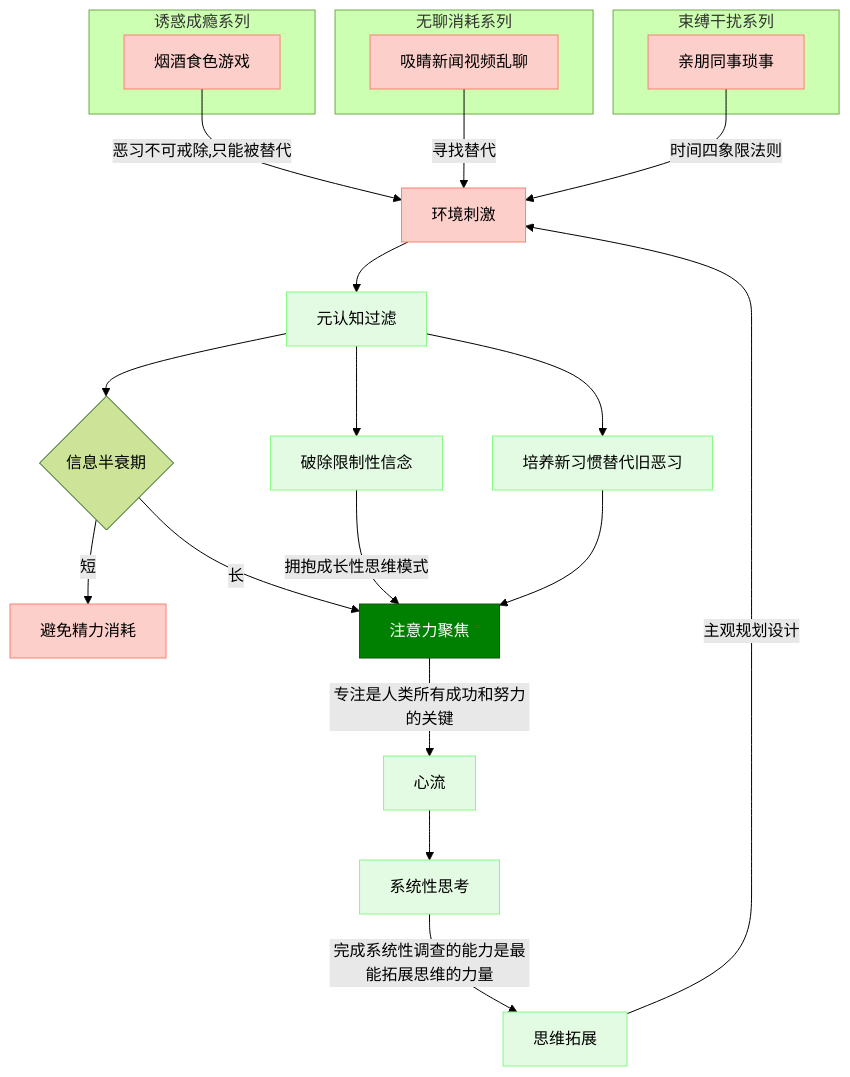
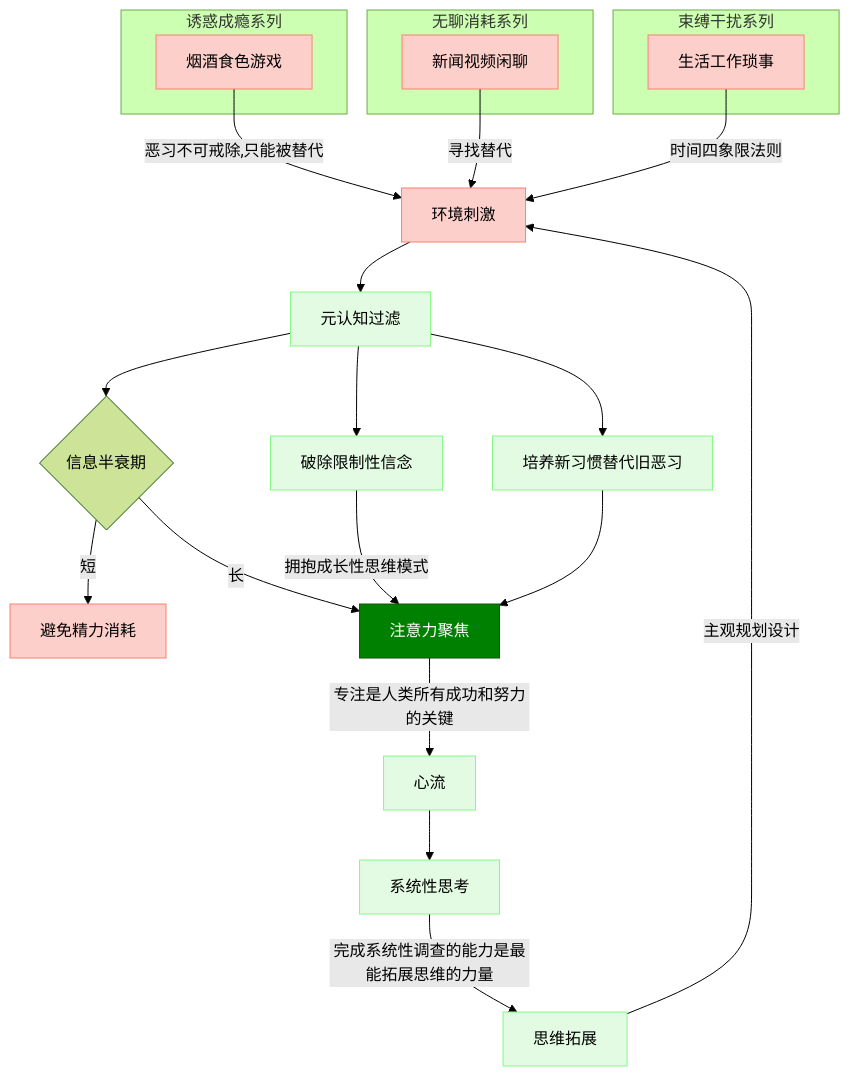
The diagram in README.md (m3shine/m3shine.github.io), drawn with Mermaid (forest theme) before and after one commit. The commit also changed other lines of this file and 13 other files, not shown here.

````diff
--- a/README.md
+++ b/README.md
@@ -19,44 +34,44 @@
 ```mermaid
 
   graph TB
 
     subgraph 诱惑成瘾系列 
        o1[烟酒食色游戏] 
     end
     subgraph 无聊消耗系列 
-       o2[吸睛新闻视频乱聊] 
+       o2[新闻视频闲聊] 
     end
     subgraph 束缚干扰系列 
-       o3[亲朋同事琐事] 
+       o3[生活工作琐事] 
     end
    
       
     o1 -->|恶习不可戒除,只能被替代|A
     o2 -->|寻找替代|A
     o3 -->|时间四象限法则|A
     
     A[环境刺激]-->B[元认知过滤] 
     B-->C{信息半衰期}
     C-->|短| C1[避免精力消耗]
     C-->|长|D[注意力聚焦]
     D-->|专注是人类所有成功和努力的关键|E[心流]
     E-->F[系统性思考]
     F-->|完成系统性调查的能力是最能拓展思维的力量|G[思维拓展]
 
     B-->H[破除限制性信念]
     H-->|拥抱成长性思维模式|D
     B-->I[培养新习惯替代旧恶习]
     I-->D
     
     G-->|主观规划设计|A
 
   
   classDef nagtive fill:#fdcfca,stroke:#fa8072
   classDef positive fill:#e3fbe3,stroke:#84fa84
   classDef core fill:green,color:#ffffff
   class A,C1,o1,o2,o3 nagtive
   class B,E,F,G,H,I positive
+  class C gradient
   class D core
 
-	 
 ```
````
